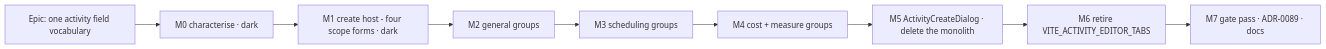
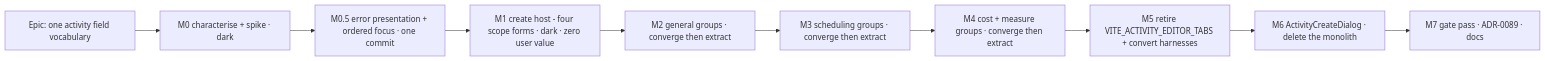
The diagram in docs/specs/activity-dialog-unification/implementation-plan.md (HuttonHomeHub/SchedulePoint_1), drawn with Mermaid before and after one commit. The commit also changed other lines of this file and 1 other file, not shown here.

First line of the commit message:
docs(repo): revise the dialog-unification plan against the architecture review

````diff
--- a/docs/specs/activity-dialog-unification/implementation-plan.md
+++ b/docs/specs/activity-dialog-unification/implementation-plan.md
@@ -12,11 +17,12 @@
 ```mermaid
 flowchart LR
-  E["Epic: one activity field vocabulary"] --> M0["M0 characterise · dark"]
-  M0 --> M1["M1 create host - four scope forms · dark"]
-  M1 --> M2["M2 general groups"]
-  M2 --> M3["M3 scheduling groups"]
-  M3 --> M4["M4 cost + measure groups"]
-  M4 --> M5["M5 ActivityCreateDialog · delete the monolith"]
-  M5 --> M6["M6 retire VITE_ACTIVITY_EDITOR_TABS"]
+  E["Epic: one activity field vocabulary"] --> M0["M0 characterise + spike · dark"]
+  M0 --> MA["M0.5 error presentation + ordered focus · one commit"]
+  MA --> M1["M1 create host - four scope forms · dark · zero user value"]
+  M1 --> M2["M2 general groups · converge then extract"]
+  M2 --> M3["M3 scheduling groups · converge then extract"]
+  M3 --> M4["M4 cost + measure groups · converge then extract"]
+  M4 --> M5["M5 retire VITE_ACTIVITY_EDITOR_TABS + convert harnesses"]
+  M5 --> M6["M6 ActivityCreateDialog · delete the monolith"]
   M6 --> M7["M7 gate pass · ADR-0089 · docs"]
 ```
````
